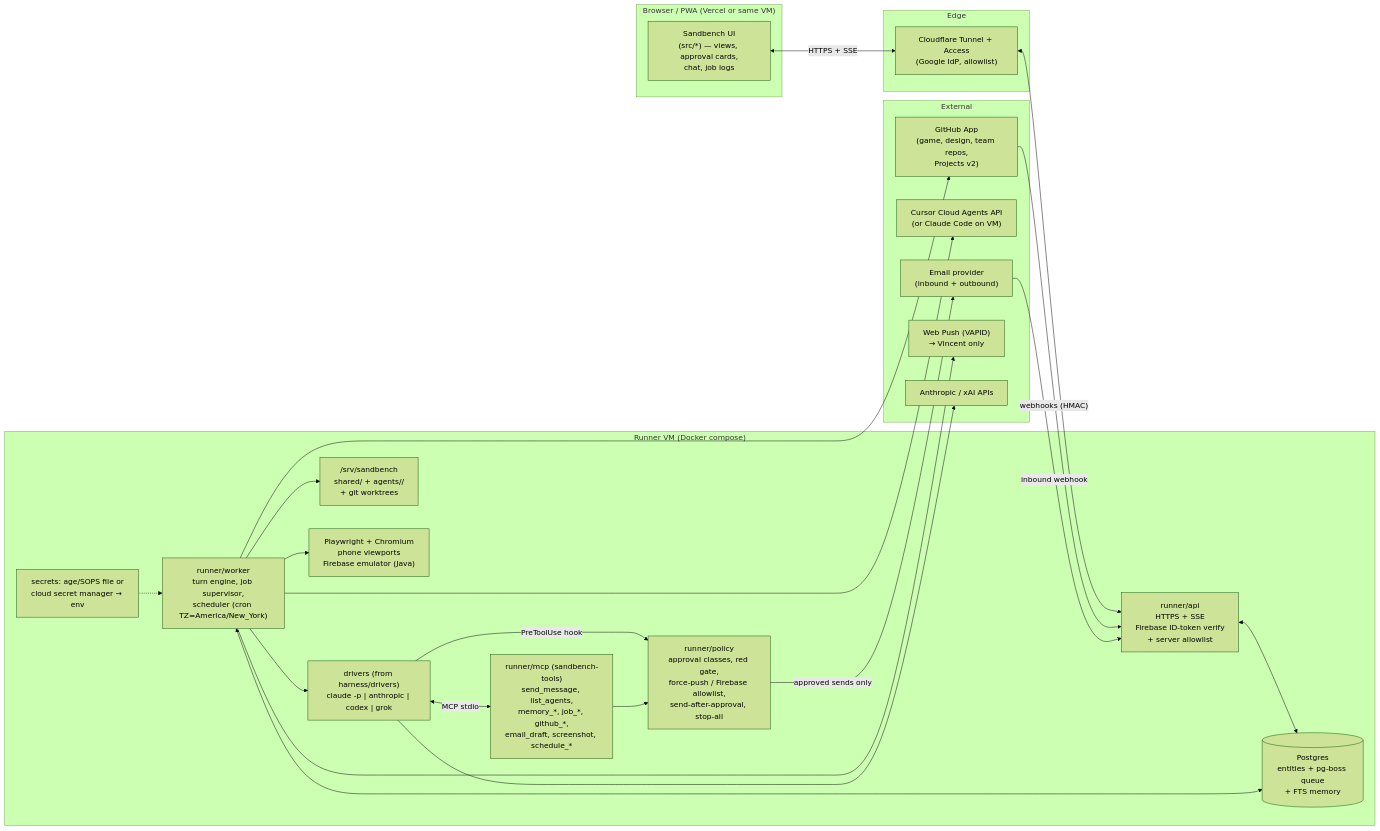
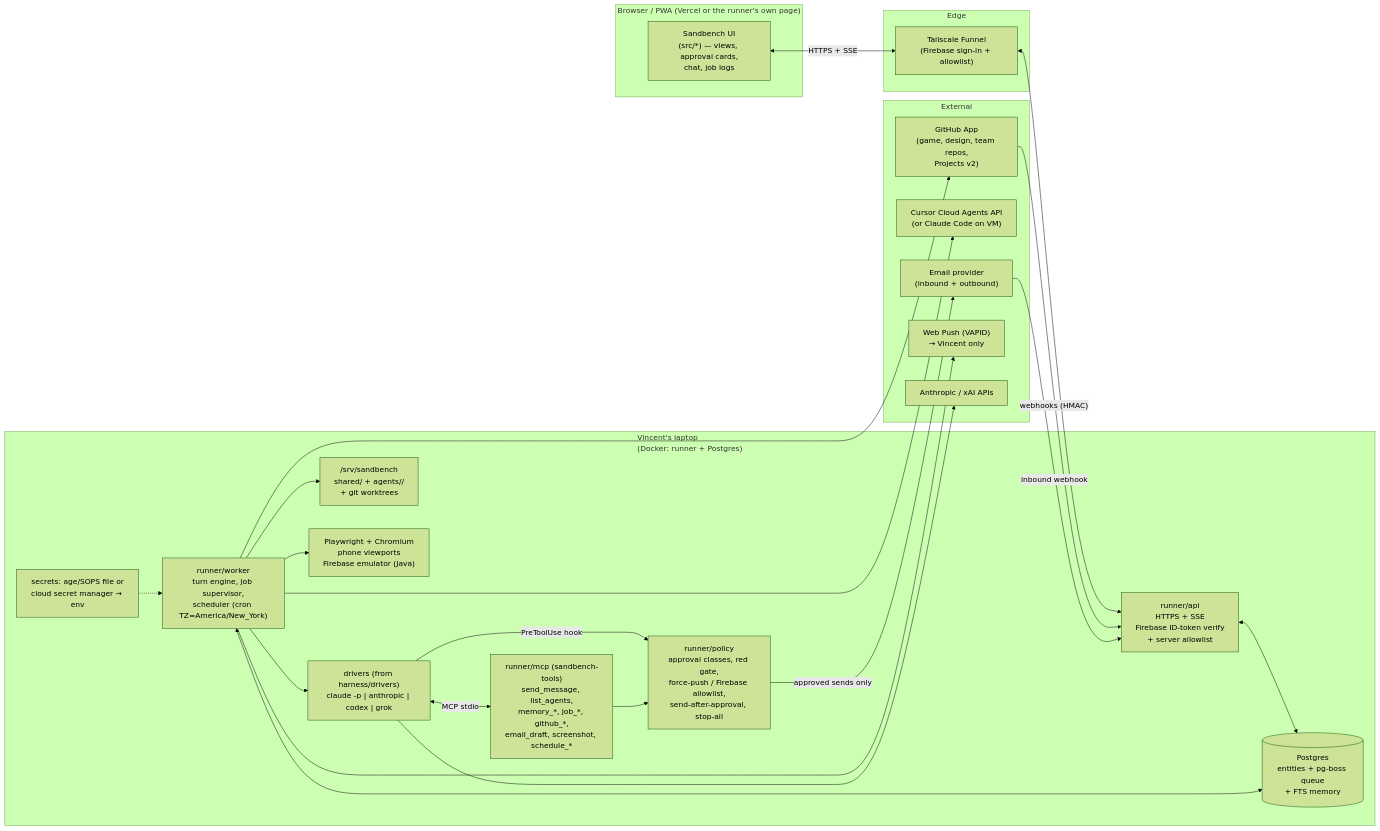
The diagram in docs/parity/PLAN.md (arbiter1170/sandbench), drawn with Mermaid (forest theme) before and after one commit. The commit also changed other lines of this file and 3 other files, not shown here.

First line of the commit message:
docs: refresh laptop runner plan and handoff status (#20)

````diff
--- a/docs/parity/PLAN.md
+++ b/docs/parity/PLAN.md
@@ -43,47 +43,47 @@
 ```mermaid
 flowchart LR
-  subgraph Client["Browser / PWA (Vercel or same VM)"]
+  subgraph Client["Browser / PWA (Vercel or the runner's own page)"]
     UI["Sandbench UI\n(src/*) — views, approval cards,\nchat, job logs"]
   end
 
   subgraph Edge["Edge"]
-    CF["Cloudflare Tunnel + Access\n(Google IdP, allowlist)"]
+    CF["Tailscale Funnel\n(Firebase sign-in + allowlist)"]
   end
 
-  subgraph VM["Runner VM (Docker compose)"]
+  subgraph VM["Vincent's laptop\n(Docker: runner + Postgres)"]
     API["runner/api\nHTTPS + SSE\nFirebase ID-token verify\n+ server allowlist"]
     Q[("Postgres\nentities + pg-boss queue\n+ FTS memory")]
     W["runner/worker\nturn engine, job supervisor,\nscheduler (cron TZ=America/New_York)"]
     POL["runner/policy\napproval classes, red gate,\nforce-push / Firebase allowlist,\nsend-after-approval, stop-all"]
     MCP["runner/mcp (sandbench-tools)\nsend_message, list_agents,\nmemory_*, job_*, github_*,\nemail_draft, screenshot, schedule_*"]
     DRV["drivers (from harness/drivers)\nclaude -p | anthropic | codex | grok"]
     FS["/srv/sandbench\nshared/ + agents/<id>/\n+ git worktrees"]
     PW["Playwright + Chromium\nphone viewports\nFirebase emulator (Java)"]
     SEC["secrets: age/SOPS file or\ncloud secret manager → env"]
   end
 
   subgraph Ext["External"]
     GH["GitHub App\n(game, design, team repos,\nProjects v2)"]
     CUR["Cursor Cloud Agents API\n(or Claude Code on VM)"]
     MAIL["Email provider\n(inbound + outbound)"]
     PUSH["Web Push (VAPID)\n→ Vincent only"]
     LLM["Anthropic / xAI APIs"]
   end
 
   UI <-->|"HTTPS + SSE"| CF <--> API
   API <--> Q
   W <--> Q
   W --> DRV --> LLM
   DRV <-->|"MCP stdio"| MCP
   DRV -->|"PreToolUse hook"| POL
   MCP --> POL
   W --> FS
   W --> PW
   SEC -.-> W
   GH -->|"webhooks (HMAC)"| API
   MAIL -->|"inbound webhook"| API
   W --> GH
   W --> CUR
   POL -->|"approved sends only"| MAIL
   W --> PUSH
 ```
````
